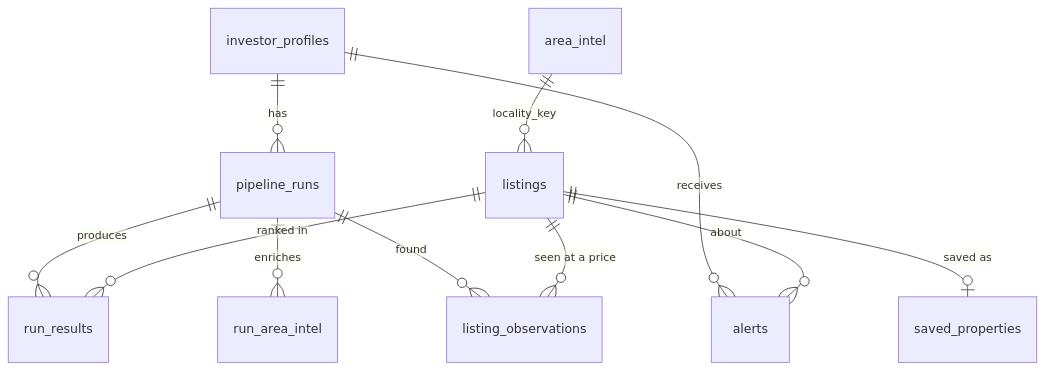
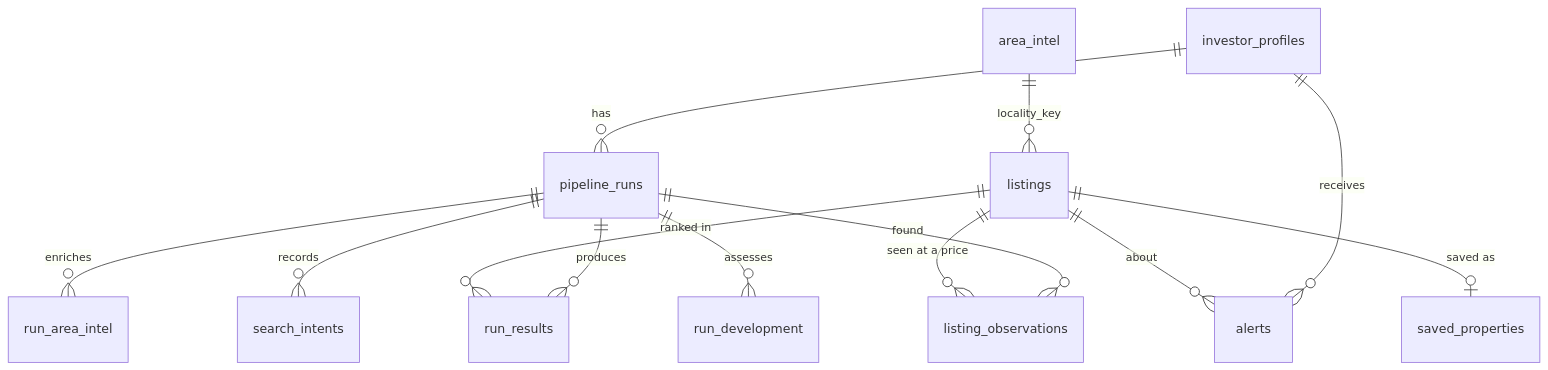
Before and after one commit to mrinesh/SerpAPI_Hack: the diagram in docs/DATA_MODEL.md, drawn with Mermaid. The commit also changed other lines of this file and 40 other files, not shown here.

````diff
--- a/docs/DATA_MODEL.md
+++ b/docs/DATA_MODEL.md
@@ -79,13 +82,15 @@
 ```mermaid
 erDiagram
     investor_profiles ||--o{ pipeline_runs : "has"
     investor_profiles ||--o{ alerts : "receives"
     pipeline_runs ||--o{ run_results : "produces"
     pipeline_runs ||--o{ run_area_intel : "enriches"
+    pipeline_runs ||--o{ search_intents : "records"
+    pipeline_runs ||--o{ run_development : "assesses"
     listings ||--o{ run_results : "ranked in"
     pipeline_runs ||--o{ listing_observations : "found"
     listings ||--o{ listing_observations : "seen at a price"
     listings ||--o| saved_properties : "saved as"
     listings ||--o{ alerts : "about"
     area_intel ||--o{ listings : "locality_key"
 ```
````
